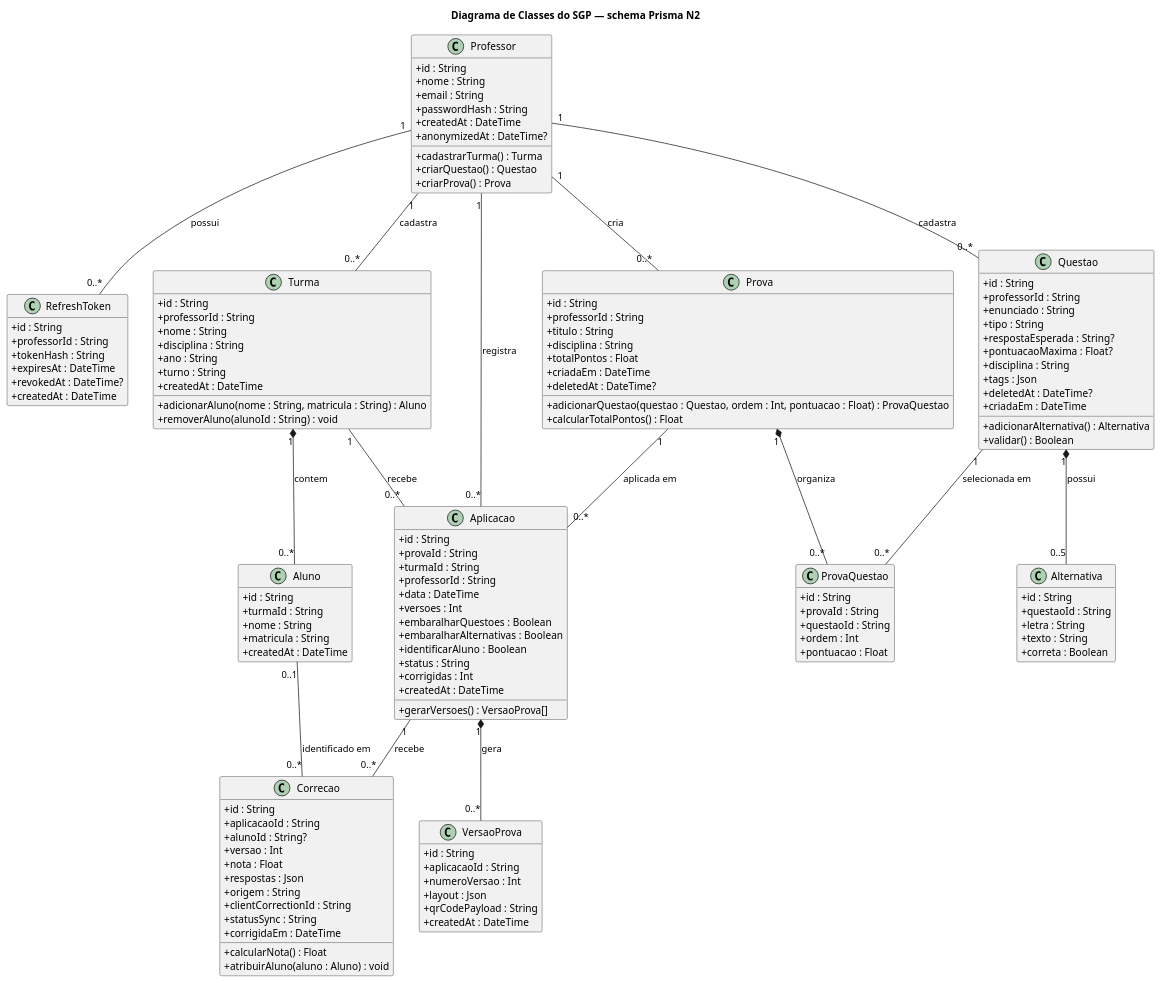
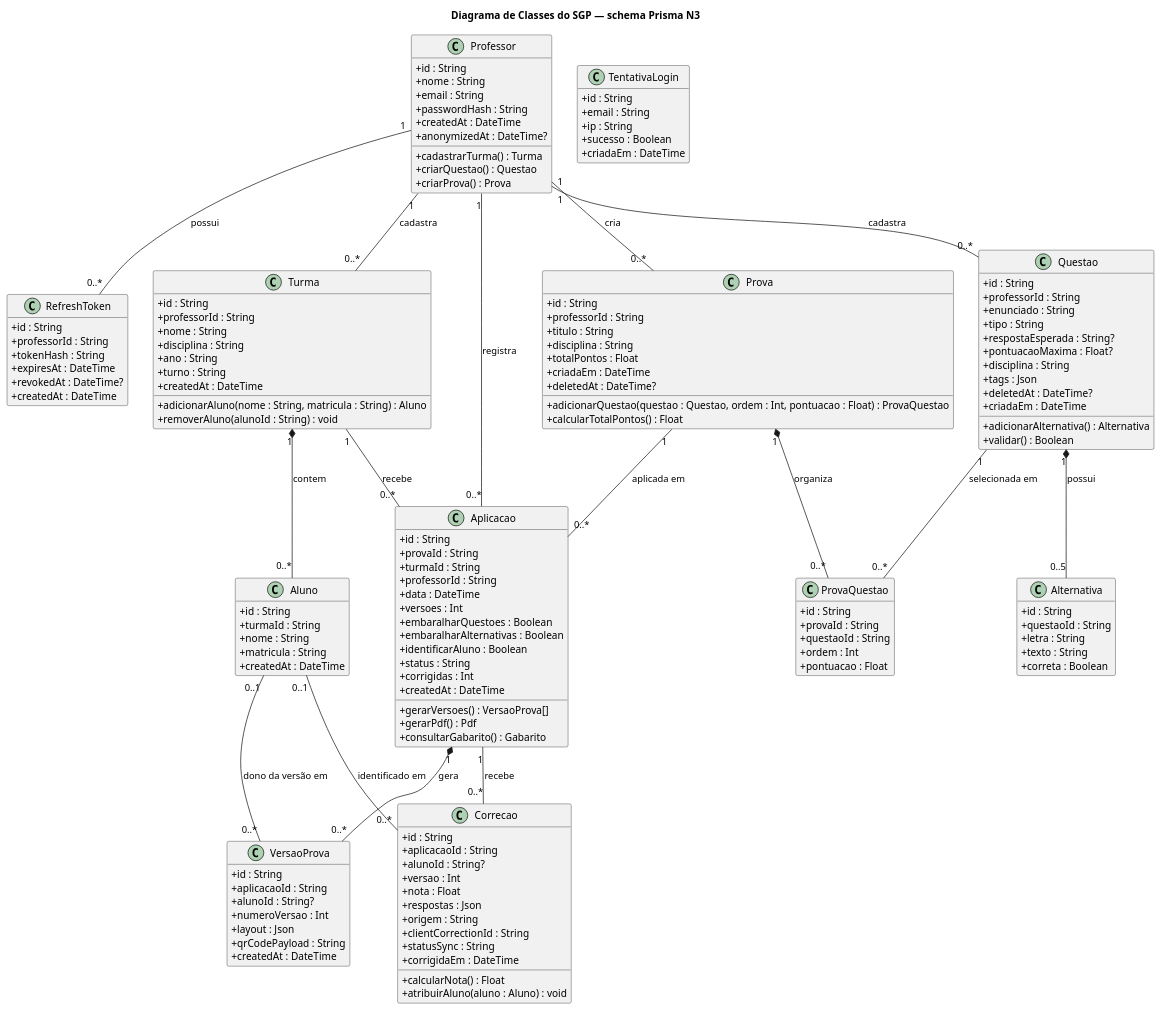
One commit to thiagomaes/sgp-provas changed the diagram in docs/uml/03-classe/classe.puml. Above: the diagram before and after it, drawn with PlantUML. The commit also changed 2 other files, not shown here.

Commit message:
docs(modelo): atualiza o MER/DER e o diagrama de classe para a N3

```diff
--- a/docs/uml/03-classe/classe.puml
+++ b/docs/uml/03-classe/classe.puml
@@ -1,144 +1,156 @@
 @startuml
-title Diagrama de Classes do SGP — schema Prisma N2
+title Diagrama de Classes do SGP — schema Prisma N3
 skinparam classAttributeIconSize 0
 hide empty members
 
 class Professor {
   +id : String
   +nome : String
   +email : String
   +passwordHash : String
   +createdAt : DateTime
   +anonymizedAt : DateTime?
   +cadastrarTurma() : Turma
   +criarQuestao() : Questao
   +criarProva() : Prova
 }
 
 class RefreshToken {
   +id : String
   +professorId : String
   +tokenHash : String
   +expiresAt : DateTime
   +revokedAt : DateTime?
   +createdAt : DateTime
+}
+
+class TentativaLogin {
+  +id : String
+  +email : String
+  +ip : String
+  +sucesso : Boolean
+  +criadaEm : DateTime
 }
 
 class Turma {
   +id : String
   +professorId : String
   +nome : String
   +disciplina : String
   +ano : String
   +turno : String
   +createdAt : DateTime
   +adicionarAluno(nome : String, matricula : String) : Aluno
   +removerAluno(alunoId : String) : void
 }
 
 class Aluno {
   +id : String
   +turmaId : String
   +nome : String
   +matricula : String
   +createdAt : DateTime
 }
 
 class Questao {
   +id : String
   +professorId : String
   +enunciado : String
   +tipo : String
   +respostaEsperada : String?
   +pontuacaoMaxima : Float?
   +disciplina : String
   +tags : Json
   +deletedAt : DateTime?
   +criadaEm : DateTime
   +adicionarAlternativa() : Alternativa
   +validar() : Boolean
 }
 
 class Alternativa {
   +id : String
   +questaoId : String
   +letra : String
   +texto : String
   +correta : Boolean
 }
 
 class Prova {
   +id : String
   +professorId : String
   +titulo : String
   +disciplina : String
   +totalPontos : Float
   +criadaEm : DateTime
   +deletedAt : DateTime?
   +adicionarQuestao(questao : Questao, ordem : Int, pontuacao : Float) : ProvaQuestao
   +calcularTotalPontos() : Float
 }
 
 class ProvaQuestao {
   +id : String
   +provaId : String
   +questaoId : String
   +ordem : Int
   +pontuacao : Float
 }
 
 class Aplicacao {
   +id : String
   +provaId : String
   +turmaId : String
   +professorId : String
   +data : DateTime
   +versoes : Int
   +embaralharQuestoes : Boolean
   +embaralharAlternativas : Boolean
   +identificarAluno : Boolean
   +status : String
   +corrigidas : Int
   +createdAt : DateTime
   +gerarVersoes() : VersaoProva[]
+  +gerarPdf() : Pdf
+  +consultarGabarito() : Gabarito
 }
 
 class VersaoProva {
   +id : String
   +aplicacaoId : String
+  +alunoId : String?
   +numeroVersao : Int
   +layout : Json
   +qrCodePayload : String
   +createdAt : DateTime
 }
 
 class Correcao {
   +id : String
   +aplicacaoId : String
   +alunoId : String?
   +versao : Int
   +nota : Float
   +respostas : Json
   +origem : String
   +clientCorrectionId : String
   +statusSync : String
   +corrigidaEm : DateTime
   +calcularNota() : Float
   +atribuirAluno(aluno : Aluno) : void
 }
 
 Professor "1" -- "0..*" RefreshToken : possui
 Professor "1" -- "0..*" Turma : cadastra
 Professor "1" -- "0..*" Questao : cadastra
 Professor "1" -- "0..*" Prova : cria
 Professor "1" -- "0..*" Aplicacao : registra
 Turma "1" *-- "0..*" Aluno : contem
 Turma "1" -- "0..*" Aplicacao : recebe
 Questao "1" *-- "0..5" Alternativa : possui
 Questao "1" -- "0..*" ProvaQuestao : selecionada em
 Prova "1" *-- "0..*" ProvaQuestao : organiza
 Prova "1" -- "0..*" Aplicacao : aplicada em
 Aplicacao "1" *-- "0..*" VersaoProva : gera
 Aplicacao "1" -- "0..*" Correcao : recebe
 Aluno "0..1" -- "0..*" Correcao : identificado em
+Aluno "0..1" -- "0..*" VersaoProva : dono da versão em
 @enduml
```
